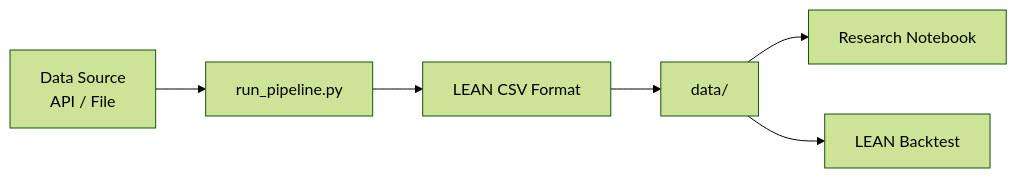
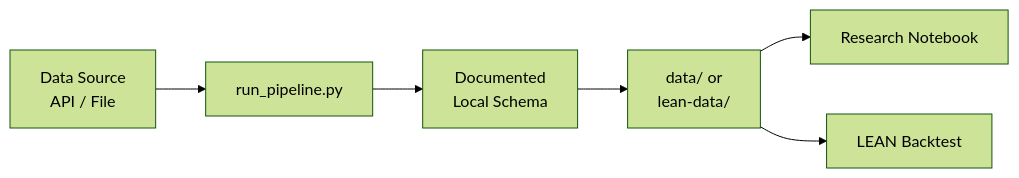
One commit to WolfpackOfOne/Q-agent changed the third of 5 diagrams in docs/architecture.md. Above: the diagram before and after it, drawn with Mermaid (forest theme). The commit also changed other lines of this file, not shown here.

Commit message:
Docs audit: align architecture pipeline paths

````diff
--- a/docs/architecture.md
+++ b/docs/architecture.md
@@ -66,15 +66,15 @@
 ```mermaid
 graph LR
     SRC["Data Source<br/>API / File"]
     PIPE["run_pipeline.py"]
-    FMT["LEAN CSV Format"]
-    DATA["data/"]
+    FMT["Documented<br/>Local Schema"]
+    DATA["data/ or<br/>lean-data/"]
     NB["Research Notebook"]
     BT["LEAN Backtest"]
 
     SRC --> PIPE
     PIPE --> FMT
     FMT --> DATA
     DATA --> NB
     DATA --> BT
 ```
````
